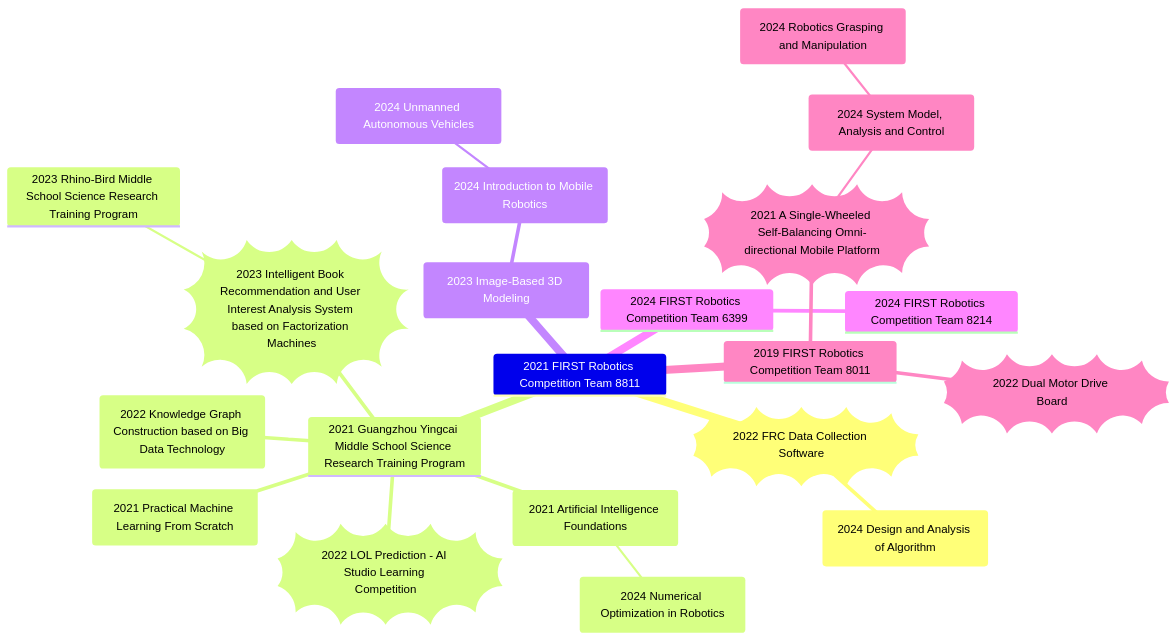
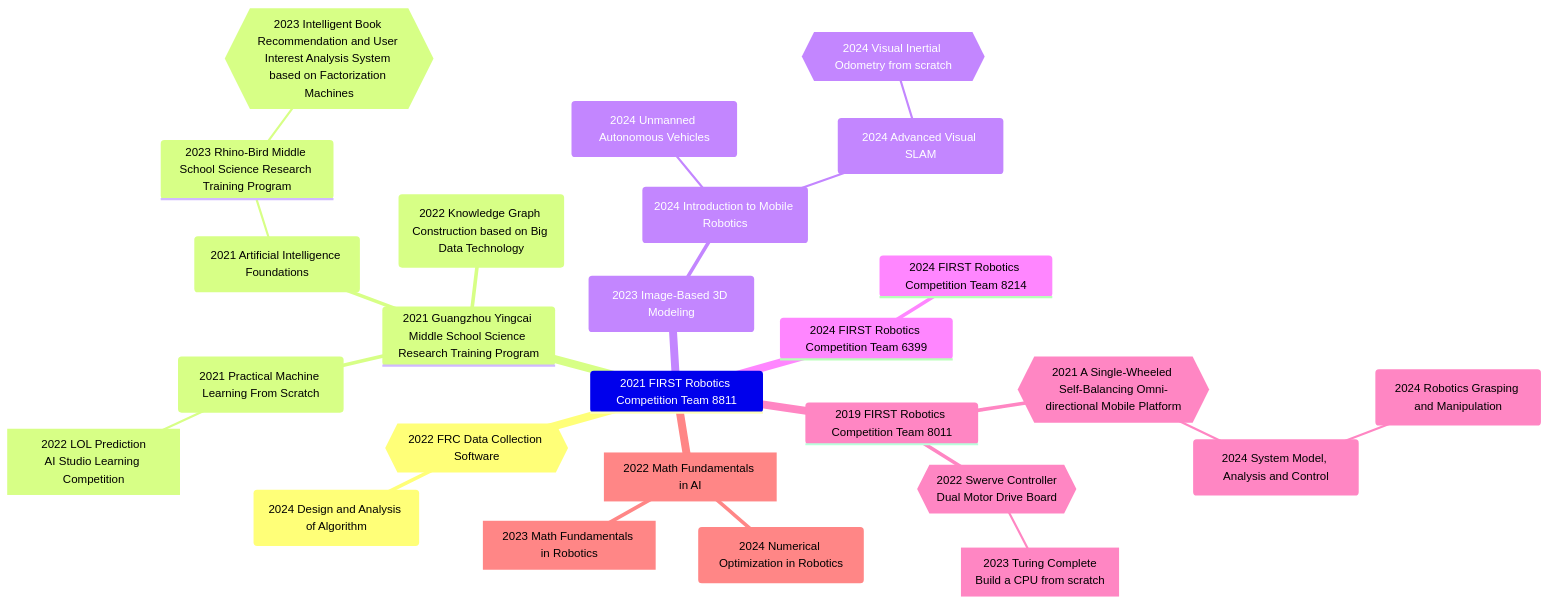
Before and after one commit to ZhangzrJerry/zhangzrjerry.github.io: the diagram in docs/blog/posts/29991231.md, drawn with Mermaid. The commit also changed other lines of this file and 107 other files, not shown here.

````diff
--- a/docs/blog/posts/29991231.md
+++ b/docs/blog/posts/29991231.md
@@ -21,24 +21,29 @@
 ```mermaid
 mindmap
 2021 FIRST Robotics Competition Team 8811
-  ))2022 FRC Data Collection Software((
+  {{2022 FRC Data Collection Software}}
     (2024 Design and Analysis of Algorithm)
   2021 Guangzhou Yingcai Middle School Science Research Training Program
     (2021 Practical Machine Learning From Scratch)
+      [2022 LOL Prediction<br>AI Studio Learning Competition]
     (2021 Artificial Intelligence Foundations)
-      (2024 Numerical Optimization in Robotics)
+      2023 Rhino-Bird Middle School Science Research Training Program
+        {{2023 Intelligent Book Recommendation and User Interest Analysis System based on Factorization Machines}}
     (2022 Knowledge Graph Construction based on Big Data Technology)
-    ))2022 LOL Prediction - AI Studio Learning Competition((
-    ))2023 Intelligent Book Recommendation and User Interest Analysis System based on Factorization Machines((
-      2023 Rhino-Bird Middle School Science Research Training Program
   (2023 Image-Based 3D Modeling)
     (2024 Introduction to Mobile Robotics)
       (2024 Unmanned Autonomous Vehicles)
+      (2024 Advanced Visual SLAM)
+        {{2024 Visual Inertial Odometry from scratch}}
   2024 FIRST Robotics Competition Team 6399
     2024 FIRST Robotics Competition Team 8214
   2019 FIRST Robotics Competition Team 8011
-    ))2021 A Single-Wheeled Self-Balancing Omni-directional Mobile Platform((
+    {{2021 A Single-Wheeled Self-Balancing Omni-directional Mobile Platform}}
       (2024 System Model, Analysis and Control)
         (2024 Robotics Grasping and Manipulation)
-    ))2022 Dual Motor Drive Board((
+    {{2022 Swerve Controller<br>Dual Motor Drive Board}}
+      [2023 Turing Complete<br>Build a CPU from scratch]
+  [2022 Math Fundamentals in AI]
+    (2024 Numerical Optimization in Robotics)
+    [2023 Math Fundamentals in Robotics]
 ```
````
